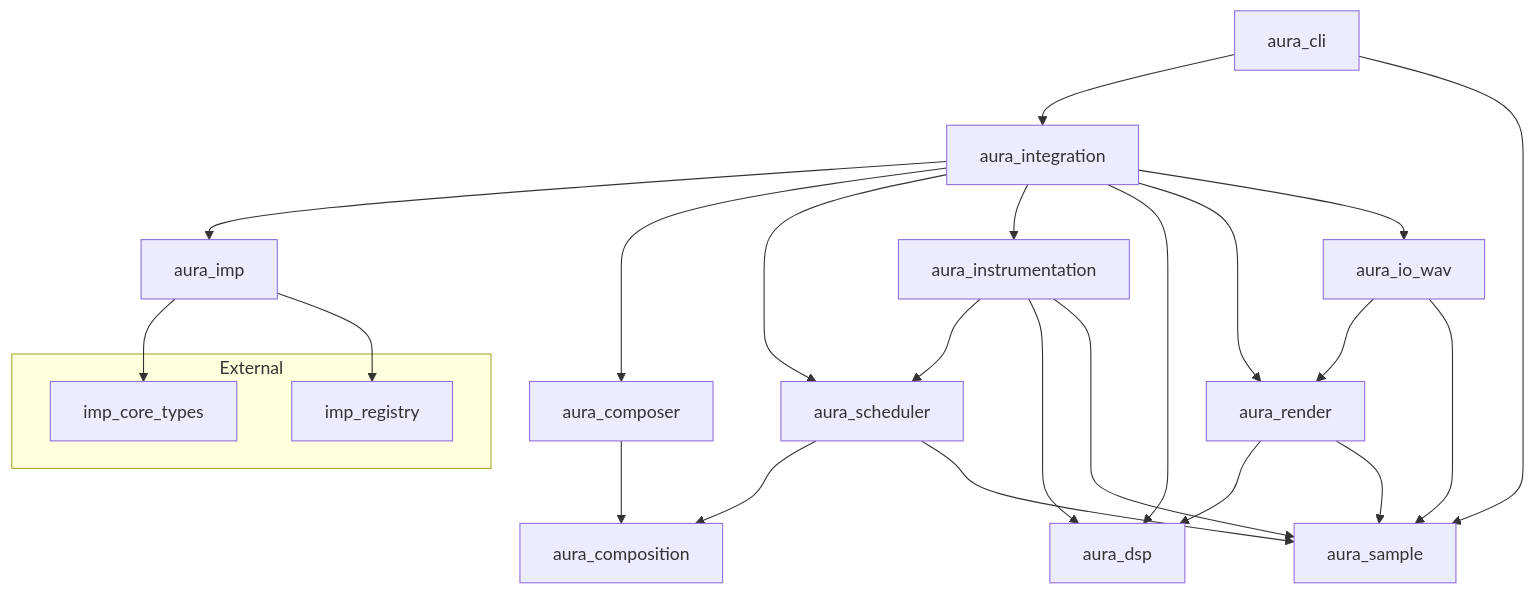
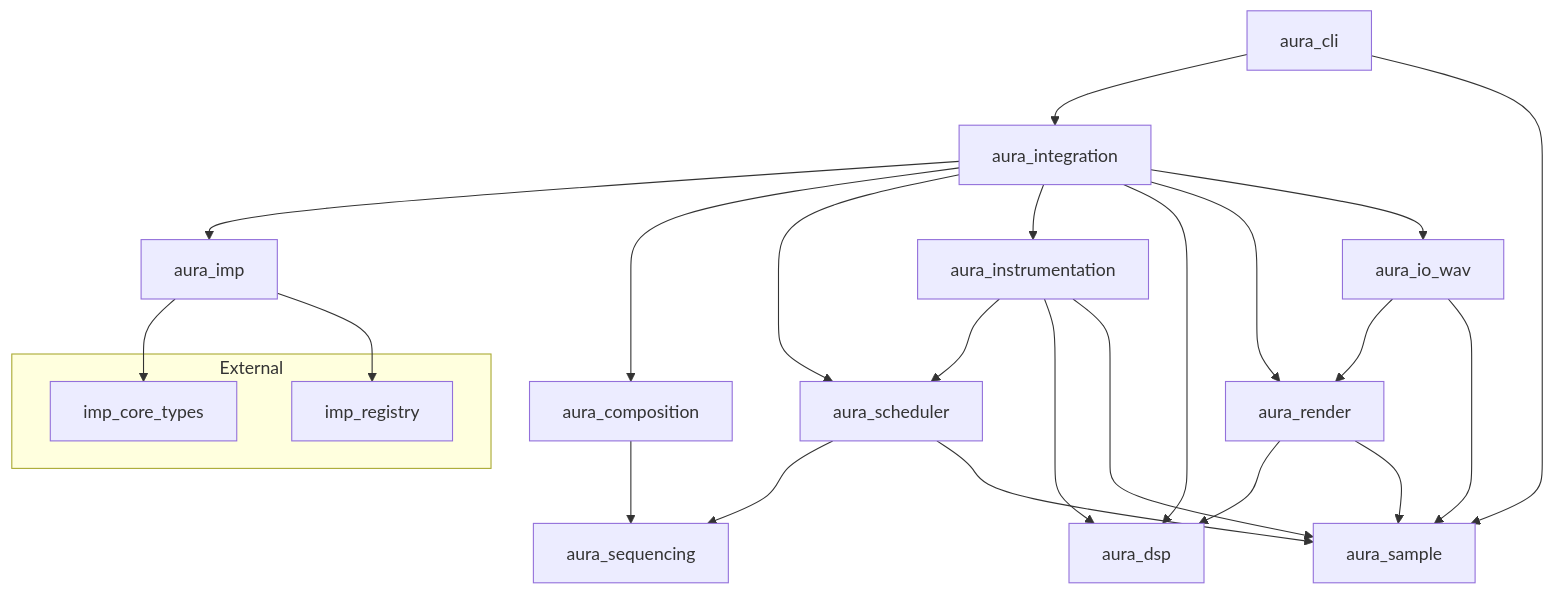
One commit to silentorb/aura-engine changed the diagram in README.md. Above: the diagram before and after it, drawn with Mermaid. The commit also changed other lines of this file and 21 other files, not shown here.

Commit message:
Rename notation crate to aura_sequencing and generators crate to aura_composition.

````diff
--- a/README.md
+++ b/README.md
@@ -71,41 +71,41 @@
 ```mermaid
 flowchart TD
   subgraph external [External]
     impCore[imp_core_types]
     impReg[imp_registry]
   end
 
   sample[aura_sample]
+  sequencing[aura_sequencing]
   composition[aura_composition]
-  composer[aura_composer]
   scheduler[aura_scheduler]
   instrumentation[aura_instrumentation]
   auraImp[aura_imp]
   dsp[aura_dsp]
   render[aura_render]
   ioWav[aura_io_wav]
   integration[aura_integration]
   cli[aura_cli]
 
   auraImp --> impCore
   auraImp --> impReg
-  composer --> composition
-  scheduler --> composition
+  composition --> sequencing
+  scheduler --> sequencing
   scheduler --> sample
   instrumentation --> scheduler
   instrumentation --> dsp
   instrumentation --> sample
   render --> dsp
   render --> sample
   ioWav --> render
   ioWav --> sample
   integration --> auraImp
-  integration --> composer
+  integration --> composition
   integration --> scheduler
   integration --> instrumentation
   integration --> dsp
   integration --> render
   integration --> ioWav
   cli --> integration
   cli --> sample
 ```
````
